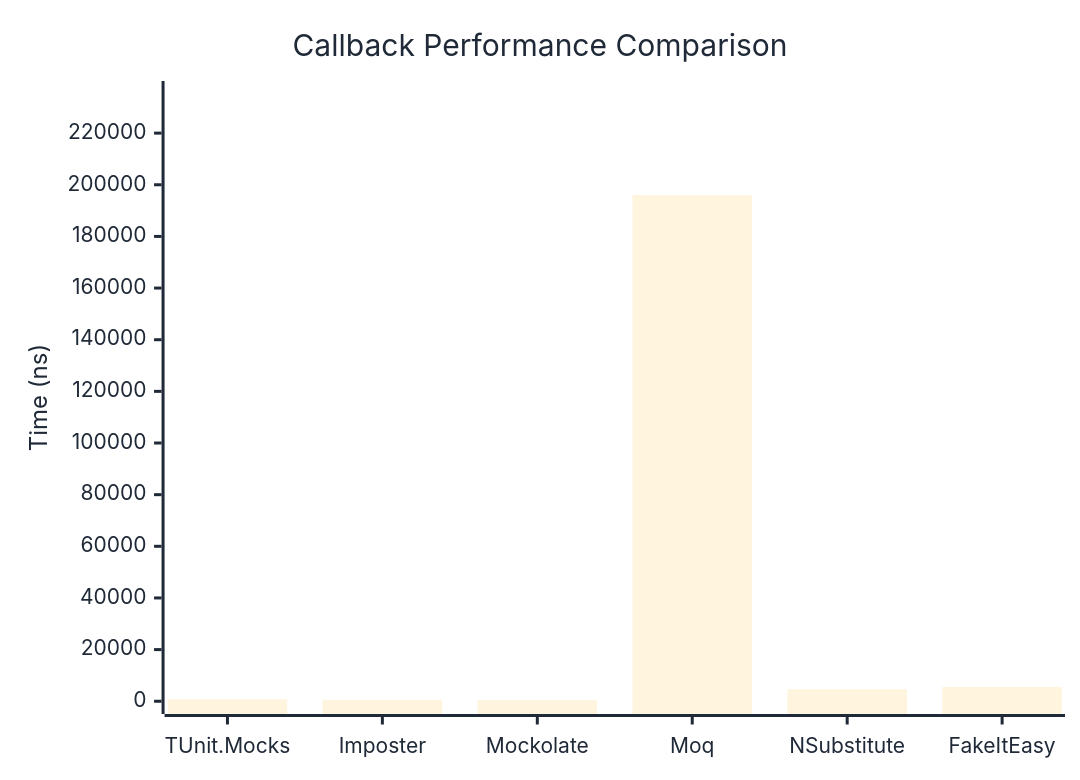
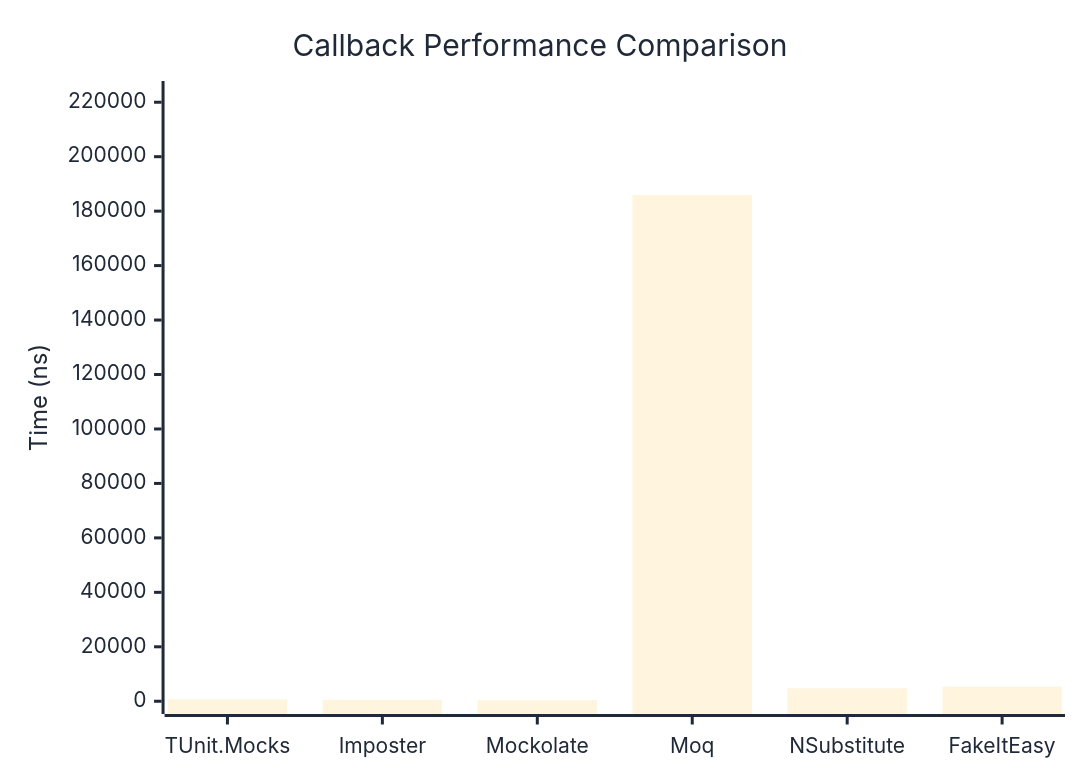
The first of 2 diagrams in docs/docs/benchmarks/mocks/Callback.md (thomhurst/TUnit), drawn with Mermaid before and after one commit. The commit also changed other lines of this file and 14 other files, not shown here.

````diff
--- a/docs/docs/benchmarks/mocks/Callback.md
+++ b/docs/docs/benchmarks/mocks/Callback.md
@@ -30,27 +30,27 @@
 ```mermaid
 %%{init: {
   'theme':'base',
   'themeVariables': {
     'primaryColor': '#2563eb',
     'primaryTextColor': '#1f2937',
     'primaryBorderColor': '#1e40af',
     'lineColor': '#6b7280',
     'secondaryColor': '#7c3aed',
     'tertiaryColor': '#dc2626',
     'background': '#ffffff',
     'pie1': '#2563eb',
     'pie2': '#7c3aed',
     'pie3': '#dc2626',
     'pie4': '#f59e0b',
     'pie5': '#10b981',
     'pie6': '#06b6d4',
     'pie7': '#ec4899',
     'pie8': '#6366f1'
   }
 }}%%
 xychart-beta
   title "Callback Performance Comparison"
   x-axis ["TUnit.Mocks", "Imposter", "Mockolate", "Moq", "NSubstitute", "FakeItEasy"]
-  y-axis "Time (ns)" 0 --> 235248
-  bar [779.8, 555.6, 415.8, 196039.9, 4652.9, 5550.9]
+  y-axis "Time (ns)" 0 --> 223112
+  bar [711.5, 500.4, 365.8, 185926.6, 4773.6, 5380.3]
 ```
````
